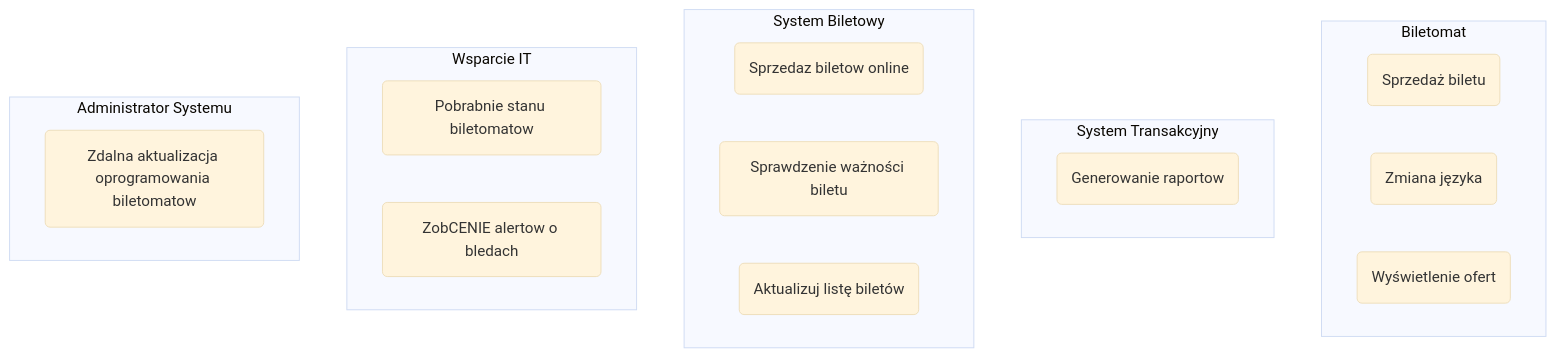
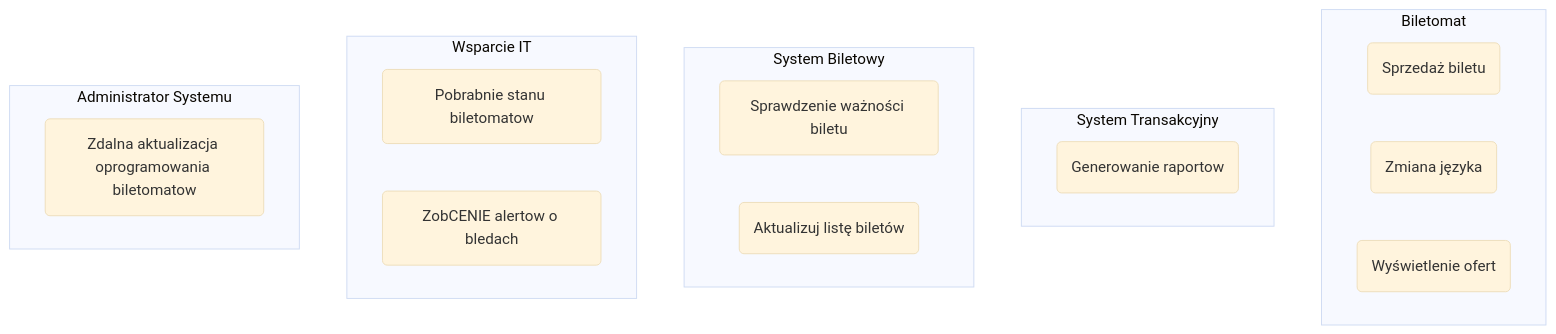
The diagram in Use Case/diagram.mmd (UserNotFoundXEption/MWO), drawn with Mermaid (base theme) before and after one commit. The commit also changed 6 other files, not shown here.

Commit message:
Issue #23: Pierwsze diagramy sekwencji

```diff
--- a/Use Case/diagram.mmd
+++ b/Use Case/diagram.mmd
@@ -1,26 +1,25 @@
 flowchart TD
 
 subgraph Biletomat ["Biletomat"]
     B1(Sprzedaż biletu)
     B2(Zmiana języka)
     B3(Wyświetlenie ofert)
 end
 
 subgraph SystemTransakcyjny ["System Transakcyjny"]
     C1(Generowanie raportow)
 end
 
 subgraph SystemBiletowy ["System Biletowy"]
-    D1(Sprzedaz biletow online)
-    D2(Sprawdzenie ważności biletu)
-    D3(Aktualizuj listę biletów)
+    D1(Sprawdzenie ważności biletu)
+    D2(Aktualizuj listę biletów)
 end
 
 subgraph SystemWsparciaTechnicznego ["Wsparcie IT"]
     E1(Pobrabnie stanu biletomatow)
     E2(ZobCENIE alertow o bledach)
 end
 
 subgraph Administrator ["Administrator Systemu"]
     F1(Zdalna aktualizacja oprogramowania biletomatow)
 end
```
